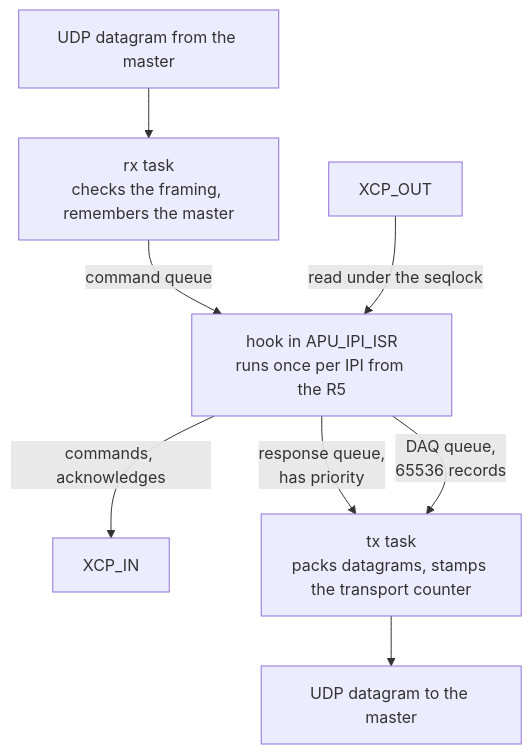
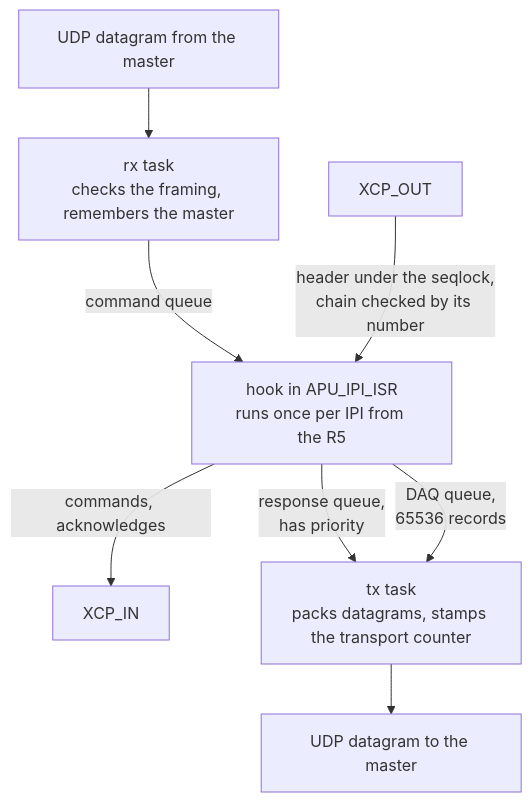
The third of 5 diagrams in docs/source/guide/XCP/XCP_architecture.rst (ultrazohm/ultrazohm_sw), drawn with Mermaid before and after one commit. The commit also changed other lines of this file and 4 other files, not shown here.

First line of the commit message:
docs: chain number as fifth exchange mechanism, new counter meanings

```diff
--- a/docs/source/guide/XCP/XCP_architecture.rst
+++ b/docs/source/guide/XCP/XCP_architecture.rst
@@ -133,12 +133,12 @@
 .. mermaid::
     :align: center
     :caption: Tasks, queues and interrupt hook of the gateway on the A53
 
     flowchart TB
       min["UDP datagram from the master"] --> rx["rx task<br>checks the framing, remembers the master"]
       rx -- "command queue" --> isr["hook in APU_IPI_ISR<br>runs once per IPI from the R5"]
-      xout["XCP_OUT"] -- "read under the seqlock" --> isr
+      xout["XCP_OUT"] -- "header under the seqlock,<br>chain checked by its number" --> isr
       isr -- "commands, acknowledges" --> xin["XCP_IN"]
       isr -- "response queue,<br>has priority" --> tx["tx task<br>packs datagrams, stamps the transport counter"]
       isr -- "DAQ queue,<br>65536 records" --> tx
       tx --> mout["UDP datagram to the master"]
```
